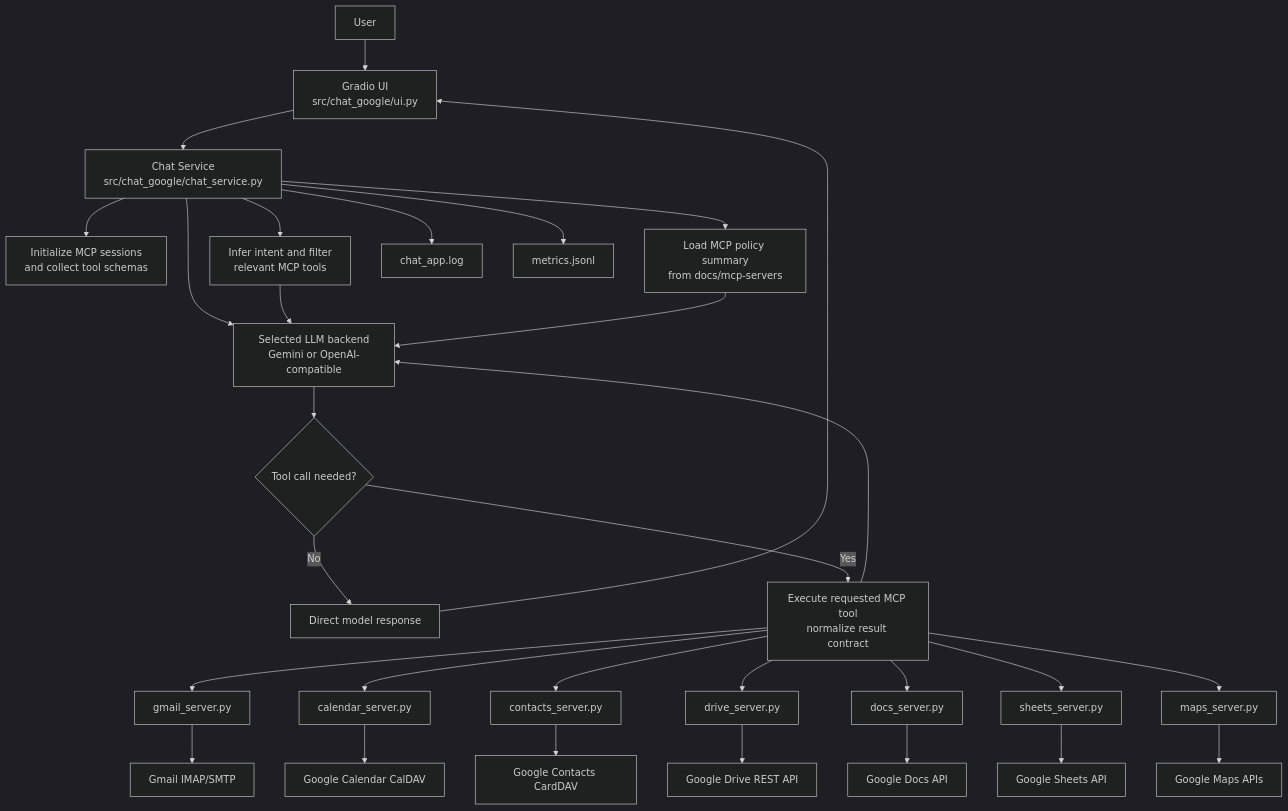
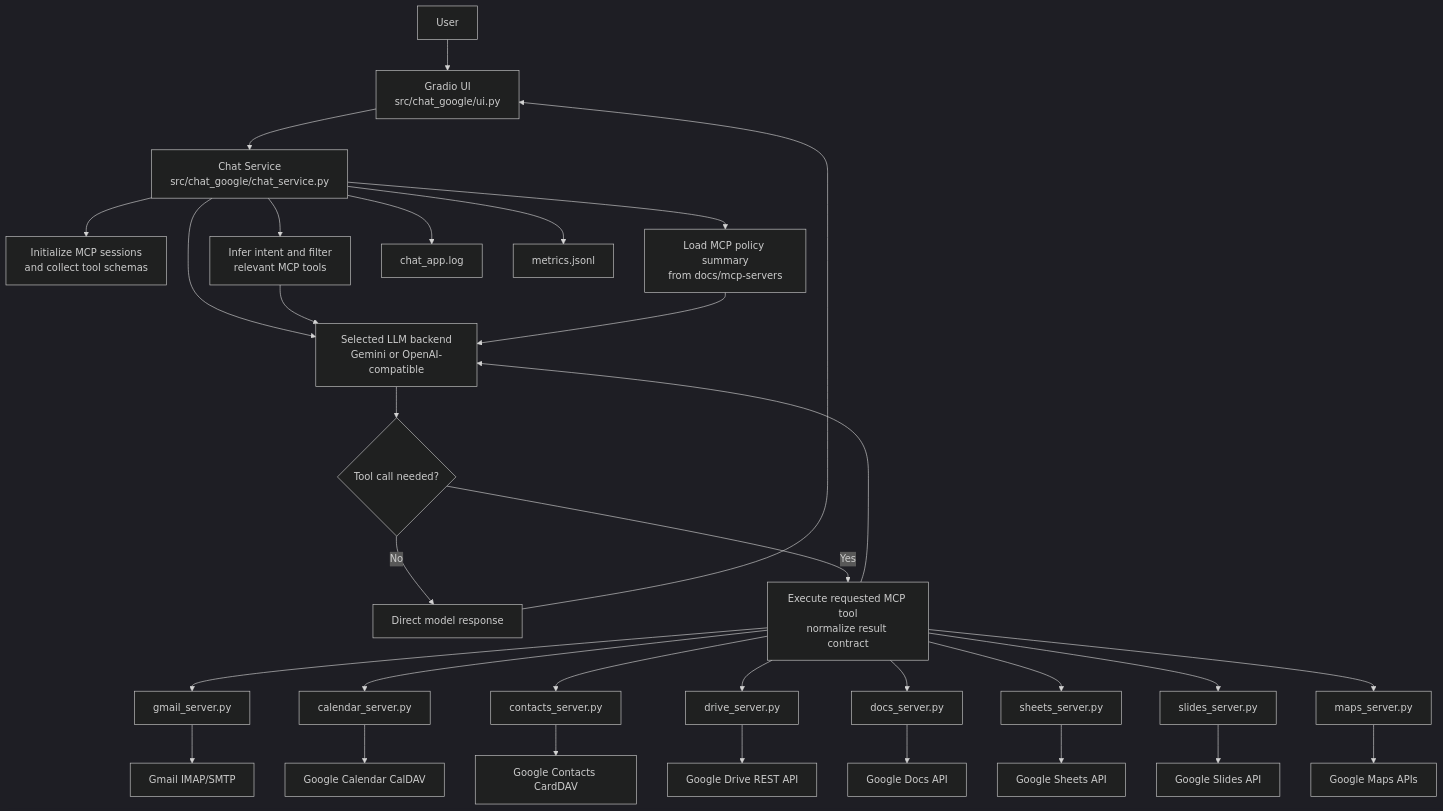
One commit to agungw132/chat-mcp-google changed the diagram in README.md. Above: the diagram before and after it, drawn with Mermaid (dark theme). The commit also changed other lines of this file and 32 other files, not shown here.

````diff
--- a/README.md
+++ b/README.md
@@ -80,38 +83,40 @@
 ```mermaid
 flowchart TD
     U[User] --> UI[Gradio UI<br/>src/chat_google/ui.py]
     UI --> CS[Chat Service<br/>src/chat_google/chat_service.py]
 
     CS --> MCPREG[Initialize MCP sessions<br/>and collect tool schemas]
     CS --> ROUTE[Infer intent and filter<br/>relevant MCP tools]
     CS --> POLICY[Load MCP policy summary<br/>from docs/mcp-servers]
     CS --> LLM[Selected LLM backend<br/>Gemini or OpenAI-compatible]
 
     LLM --> DEC{Tool call needed?}
     DEC -- No --> RESP[Direct model response]
     DEC -- Yes --> TOOL[Execute requested MCP tool<br/>normalize result contract]
 
     TOOL --> MG[gmail_server.py]
     TOOL --> MC[calendar_server.py]
     TOOL --> MT[contacts_server.py]
     TOOL --> MD[drive_server.py]
     TOOL --> MDO[docs_server.py]
     TOOL --> MSH[sheets_server.py]
+    TOOL --> MSL[slides_server.py]
     TOOL --> MM[maps_server.py]
 
     MG --> GI[Gmail IMAP/SMTP]
     MC --> GC[Google Calendar CalDAV]
     MT --> GCT[Google Contacts CardDAV]
     MD --> GD[Google Drive REST API]
     MDO --> GDO[Google Docs API]
     MSH --> GSH[Google Sheets API]
+    MSL --> GSL[Google Slides API]
     MM --> GM[Google Maps APIs]
 
     ROUTE --> LLM
     POLICY --> LLM
     TOOL --> LLM
     RESP --> UI
 
     CS --> L[chat_app.log]
     CS --> M[metrics.jsonl]
 ```
````
